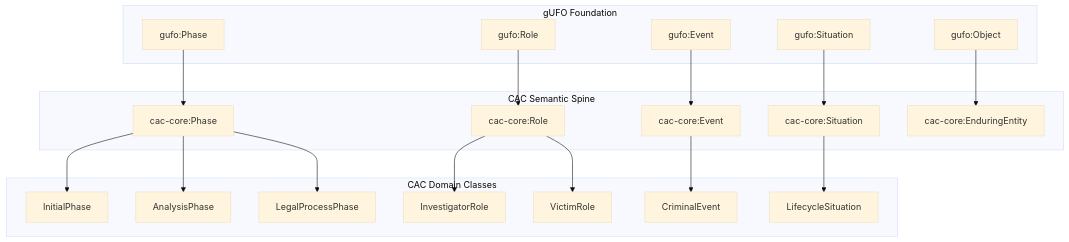
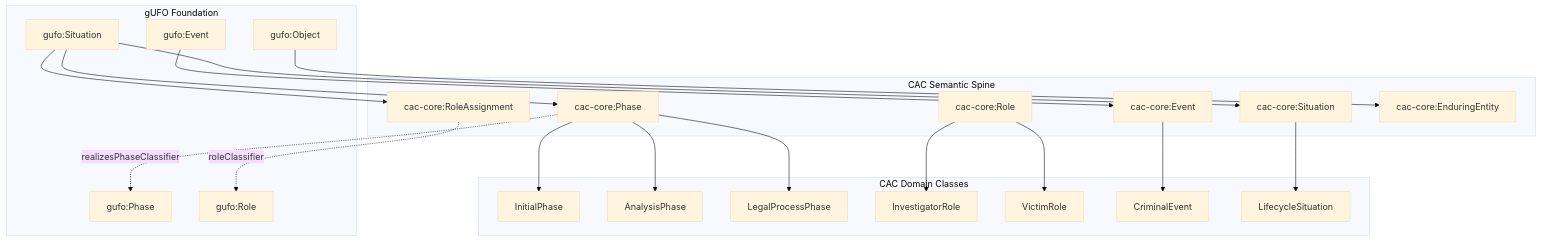
One commit to forest-savage1234/CAC-Ontology changed the second of 7 diagrams in docs/architecture.md. Above: the diagram before and after it, drawn with Mermaid (base theme). The commit also changed other lines of this file and 8 other files, not shown here.

````diff
--- a/docs/architecture.md
+++ b/docs/architecture.md
@@ -62,42 +65,46 @@
 ```mermaid
 graph TD
     subgraph "gUFO Foundation"
         GUFO_PHASE[gufo:Phase]
         GUFO_ROLE[gufo:Role]
         GUFO_EVENT[gufo:Event]
         GUFO_SITUATION[gufo:Situation]
         GUFO_OBJECT[gufo:Object]
     end
 
     subgraph "CAC Semantic Spine"
         CAC_PHASE[cac-core:Phase]
         CAC_ROLE[cac-core:Role]
+        CAC_ROLE_ASSIGNMENT[cac-core:RoleAssignment]
         CAC_EVENT[cac-core:Event]
         CAC_SITUATION[cac-core:Situation]
         CAC_ENDURING[cac-core:EnduringEntity]
     end
 
     subgraph "CAC Domain Classes"
         INIT_PHASE[InitialPhase]
         ANALYSIS_PHASE[AnalysisPhase]
         LEGAL_PHASE[LegalProcessPhase]
         INVESTIGATOR_ROLE[InvestigatorRole]
         VICTIM_ROLE[VictimRole]
         CRIMINAL_EVENT[CriminalEvent]
         LIFECYCLE_SIT[LifecycleSituation]
     end
 
-    GUFO_PHASE --> CAC_PHASE
-    GUFO_ROLE --> CAC_ROLE
     GUFO_EVENT --> CAC_EVENT
     GUFO_SITUATION --> CAC_SITUATION
+    GUFO_SITUATION --> CAC_PHASE
+    GUFO_SITUATION --> CAC_ROLE_ASSIGNMENT
     GUFO_OBJECT --> CAC_ENDURING
+
+    CAC_PHASE -. realizesPhaseClassifier .-> GUFO_PHASE
+    CAC_ROLE_ASSIGNMENT -. roleClassifier .-> GUFO_ROLE
 
     CAC_PHASE --> INIT_PHASE
     CAC_PHASE --> ANALYSIS_PHASE
     CAC_PHASE --> LEGAL_PHASE
     CAC_ROLE --> INVESTIGATOR_ROLE
     CAC_ROLE --> VICTIM_ROLE
     CAC_EVENT --> CRIMINAL_EVENT
     CAC_SITUATION --> LIFECYCLE_SIT
 ```
````
